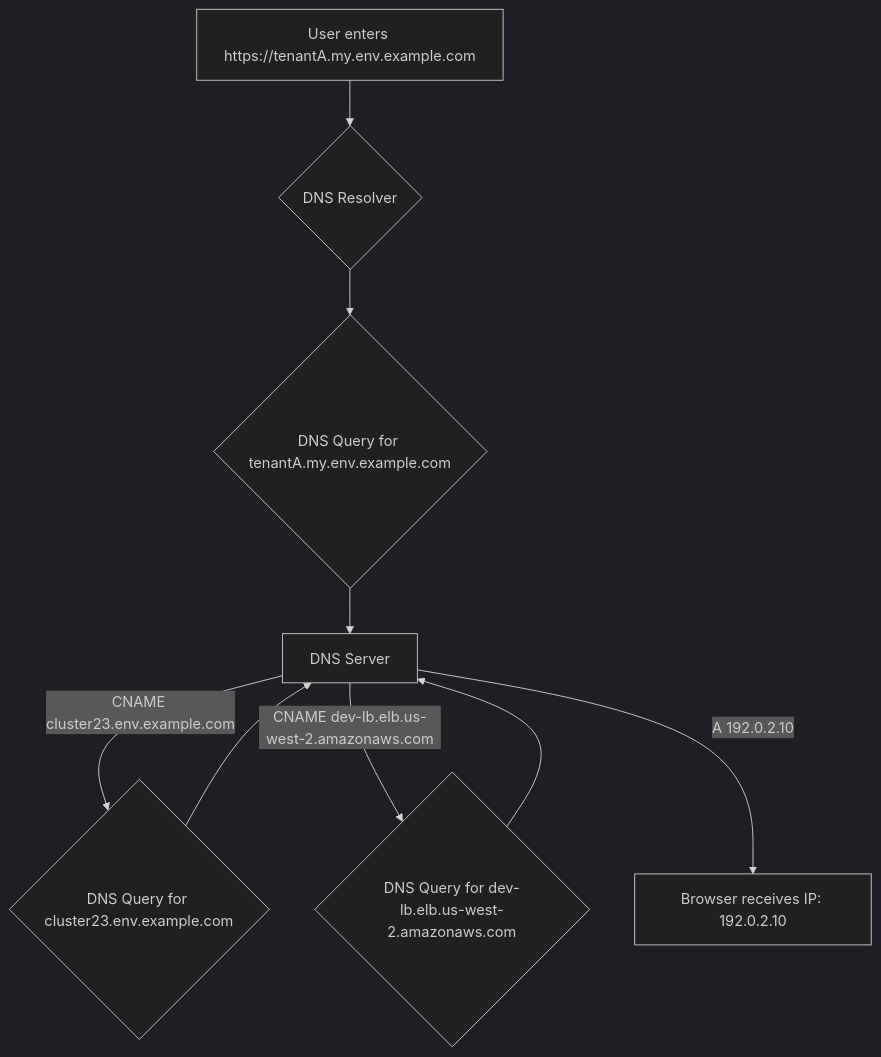
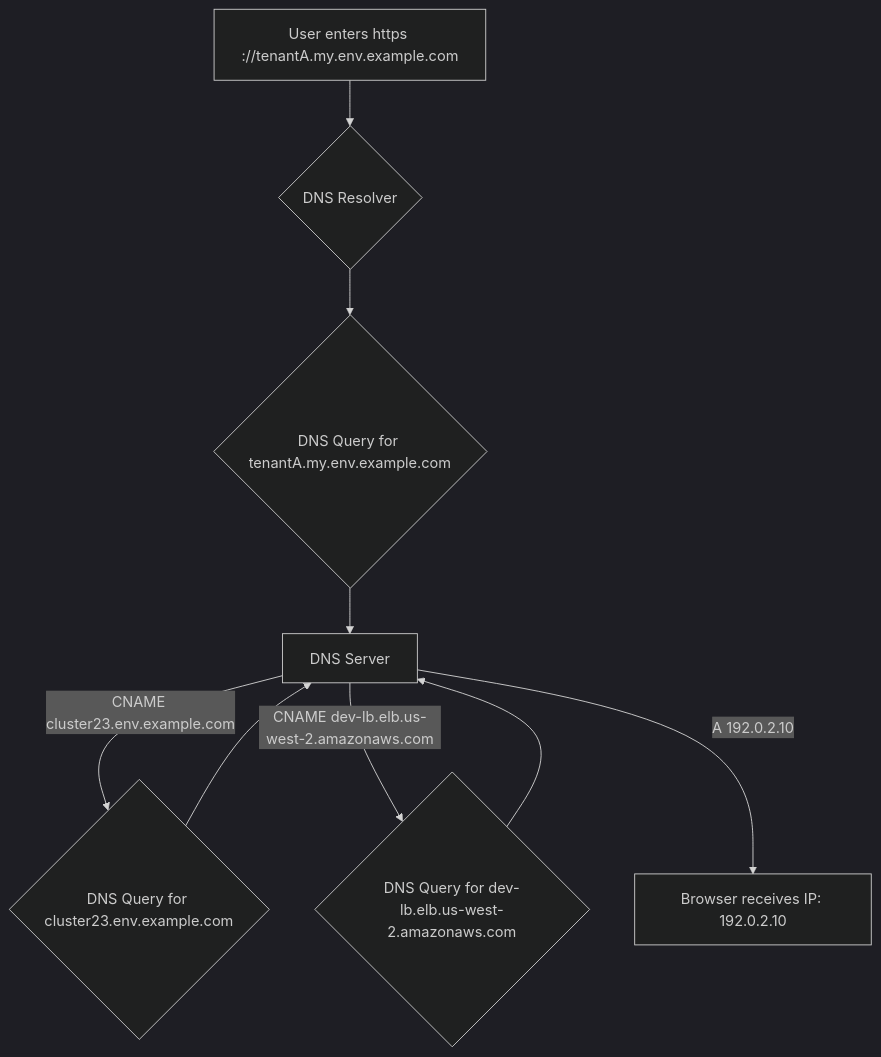
Before and after one commit to nirajp82/General_Knowledge: the first of 3 diagrams in ZSO_Flow.md, drawn with Mermaid (dark theme).

````diff
--- a/ZSO_Flow.md
+++ b/ZSO_Flow.md
@@ -73,11 +73,11 @@
 ```mermaid
 graph TD
-    A[User enters https://tenantA.my.env.example.com] --> B{DNS Resolver};
+    A[User enters https ://tenantA.my.env.example.com] --> B{DNS Resolver}
     B --> C{DNS Query for tenantA.my.env.example.com};
     C --> D[DNS Server];
     D -- CNAME cluster23.env.example.com --> E{DNS Query for cluster23.env.example.com};
     E --> D;
     D -- CNAME dev-lb.elb.us-west-2.amazonaws.com --> F{DNS Query for dev-lb.elb.us-west-2.amazonaws.com};
     F --> D;
     D -- A 192.0.2.10 --> G[Browser receives IP: 192.0.2.10];
 ```
````
